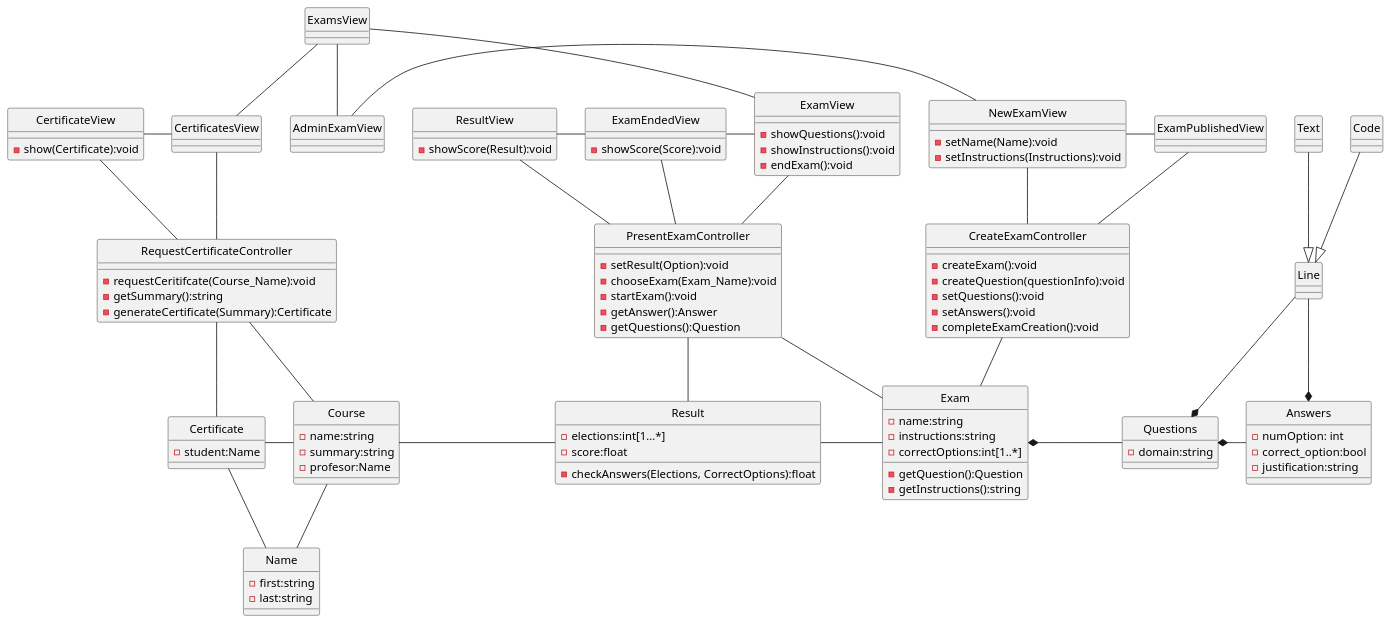
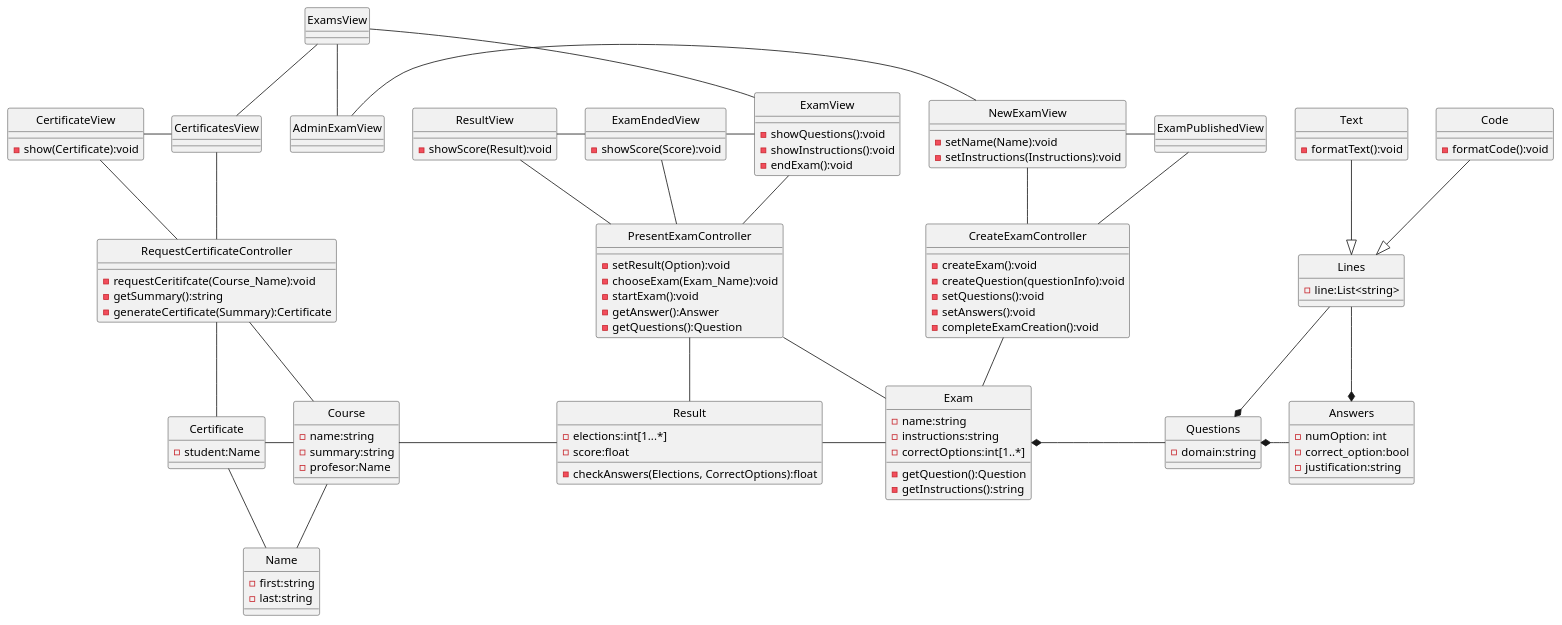
Before and after one commit to TheSProyect/Proyecto-IS-Grupo-1: the diagram in docs/logicalView/desingView/classDesign/Design-ClassDiagram.plantuml, drawn with PlantUML. The commit also changed 2 other files, not shown here.

Commit message:
Trace diagram first version

```diff
--- a/docs/logicalView/desingView/classDesign/Design-ClassDiagram.plantuml
+++ b/docs/logicalView/desingView/classDesign/Design-ClassDiagram.plantuml
@@ -1,145 +1,152 @@
 @startuml Design-ClassDiagram
 skinparam style strictuml
 
 class ExamsView {
 }
 class ExamView {
 __
 -showQuestions():void
 -showInstructions():void
 -endExam():void
 }
 class ExamEndedView{
 __
 -showScore(Score):void
 }
 class CertificatesView
 class CertificateView{
 -show(Certificate):void
 }
 class ResultView{
 __
 -showScore(Result):void
 }
 
 class NewExamView {
 -setName(Name):void
 -setInstructions(Instructions):void
 }
 
 class ExamPublishedView
 class AdminExamView
 
 class CreateExamController{
 __
 -createExam():void
 -createQuestion(questionInfo):void
 -setQuestions():void
 -setAnswers():void
 -completeExamCreation():void
 }
 
 class PresentExamController {
 __
 -setResult(Option):void
 -chooseExam(Exam_Name):void
 -startExam():void
 -getAnswer():Answer
 -getQuestions():Question
 }
 
 class RequestCertificateController {
 __
 -requestCeritifcate(Course_Name):void
 -getSummary():string
 -generateCertificate(Summary):Certificate
 }
 
 class Questions{
 -domain:string
 }
 class Answers {
 -numOption: int
 -correct_option:bool
 -justification:string
 }
 class Exam {
 -name:string
 -instructions:string
 -correctOptions:int[1..*]
 __
 -getQuestion():Question
 -getInstructions():string
 }
 class Result {
 -elections:int[1...*]
 -score:float
 __
 -checkAnswers(Elections, CorrectOptions):float
 }
 
 class Certificate {
 -student:Name
 }
 
 class Name {
     -first:string
     -last:string
 }
 
 class Course{
 -name:string
 -summary:string
 -profesor:Name
 }
 
-class Line
+class Lines {
+    -line:List<string>
+}
 
-class Text
-class Code
+class Text {
+    -formatText():void
+}
+
+class Code {
+    -formatCode():void
+}
 
 CreateExamController -u- NewExamView
 CreateExamController -u- ExamPublishedView
 
 RequestCertificateController -u- CertificatesView
 RequestCertificateController -u- CertificateView
 
 PresentExamController -u- ExamView
 PresentExamController -u- ResultView
 PresentExamController -u- ExamEndedView
 
 CreateExamController -- Exam
 PresentExamController -- Exam
 PresentExamController -- Result
 
 RequestCertificateController -- Certificate
 
 RequestCertificateController -- Course
 
 
 ExamsView -- AdminExamView
 ExamsView -- CertificatesView
 ExamsView -- ExamView
 NewExamView -r- ExamPublishedView
 AdminExamView -r- NewExamView
 
 ExamEndedView -l- ResultView
 ExamView -l- ExamEndedView
 
 CertificatesView -l- CertificateView
 
 Questions *-r- Answers
 Exam *-r- Questions
 
-Line <|-u- Code
-Line <|-u- Text
+Lines <|-u- Code
+Lines <|-u- Text
 
-Line --* Answers
-Line --* Questions
+Lines --* Answers
+Lines --* Questions
 
 Exam -l- Result
 Result -l- Course
 Course -l- Certificate
 Name -u- Certificate
 Name -u- Course
 @enduml
```
